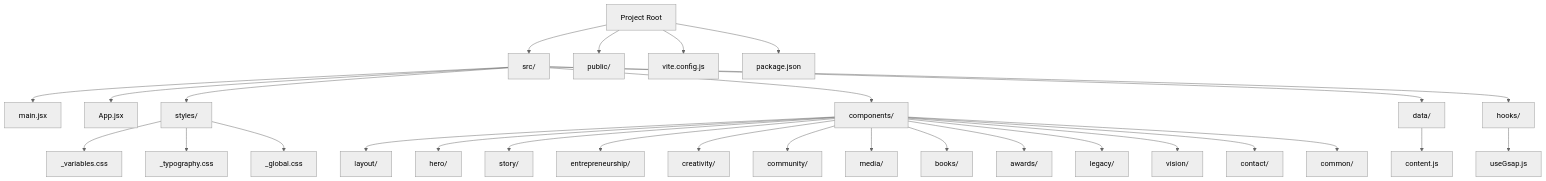
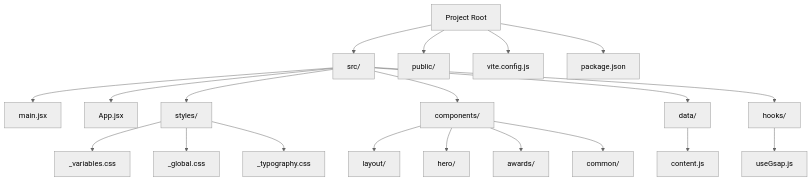
The first of 2 diagrams in .qoder/repowiki/en/content/Frontend Components.md (rakeshmaity271/frankie-picasso), drawn with Mermaid (neutral theme) before and after one commit. The commit also changed other lines of this file and 27 other files, not shown here.

Commit message:
Update components, styles, add SectionIndicator component

````diff
--- a/.qoder/repowiki/en/content/Frontend Components.md
+++ b/.qoder/repowiki/en/content/Frontend Components.md
@@ -71,31 +59,22 @@
 ```mermaid
 graph TB
 Root["Project Root"] --> Src["src/"]
 Root --> Public["public/"]
 Root --> Config["vite.config.js"]
 Root --> Package["package.json"]
 Src --> Main["main.jsx"]
 Src --> App["App.jsx"]
 Src --> Styles["styles/"]
 Src --> Components["components/"]
 Src --> Data["data/"]
 Src --> Hooks["hooks/"]
 Components --> Layout["layout/"]
 Components --> Hero["hero/"]
-Components --> Story["story/"]
-Components --> Entrepreneurship["entrepreneurship/"]
-Components --> Creativity["creativity/"]
-Components --> Community["community/"]
-Components --> Media["media/"]
-Components --> Books["books/"]
 Components --> Awards["awards/"]
-Components --> Legacy["legacy/"]
-Components --> Vision["vision/"]
-Components --> Contact["contact/"]
 Components --> Common["common/"]
 Data --> Content["content.js"]
 Hooks --> GSAP["useGsap.js"]
 Styles --> Variables["_variables.css"]
+Styles --> Global["_global.css"]
 Styles --> Typography["_typography.css"]
-Styles --> Global["_global.css"]
 ```
````
